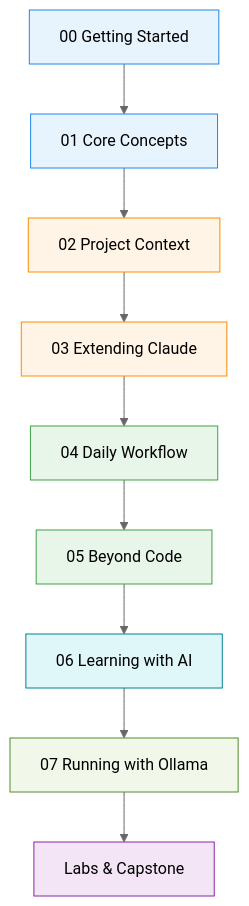
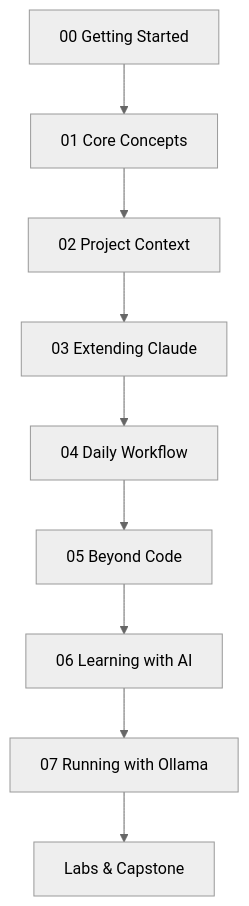
The third of 3 diagrams in README.md (CagriCatik/claude-ollama-coder), drawn with Mermaid (neutral theme) before and after one commit. The commit also changed other lines of this file and 2 other files, not shown here.

````diff
--- a/README.md
+++ b/README.md
@@ -105,21 +155,11 @@
 ```mermaid
 flowchart TD
     A["00 Getting Started"] --> B["01 Core Concepts"]
     B --> C["02 Project Context"]
     C --> D["03 Extending Claude"]
     D --> E["04 Daily Workflow"]
     E --> F["05 Beyond Code"]
     F --> H["06 Learning with AI"]
     H --> I["07 Running with Ollama"]
     I --> G["Labs & Capstone"]
-
-    style A fill:#e8f4fd,stroke:#1e88e5
-    style B fill:#e8f4fd,stroke:#1e88e5
-    style C fill:#fff4e5,stroke:#fb8c00
-    style D fill:#fff4e5,stroke:#fb8c00
-    style E fill:#e8f5e9,stroke:#43a047
-    style F fill:#e8f5e9,stroke:#43a047
-    style H fill:#e0f7fa,stroke:#00838f
-    style I fill:#f1f8e9,stroke:#558b2f
-    style G fill:#f3e5f5,stroke:#8e24aa
 ```
````
